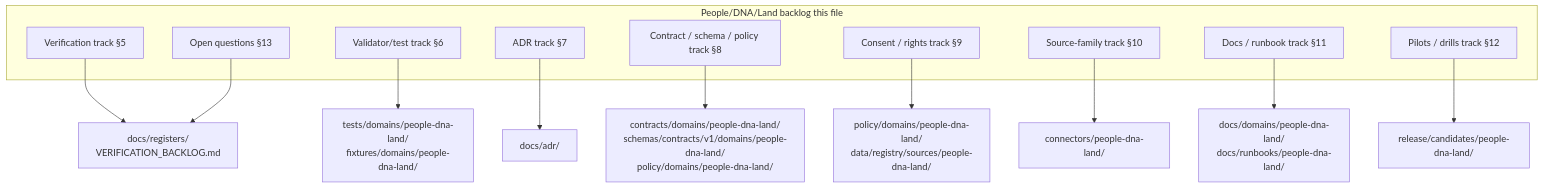
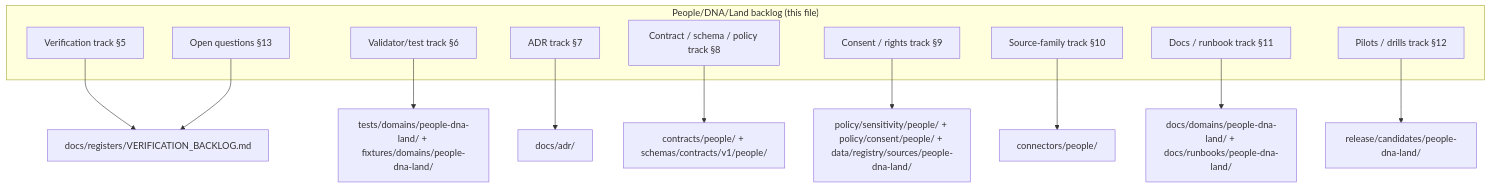
Before and after one commit to bartytime4life/Kansas-Frontier-Matrix: the second of 2 diagrams in docs/domains/people-dna-land/EXPANSION_BACKLOG.md, drawn with Mermaid. The commit also changed other lines of this file, not shown here.

````diff
--- a/docs/domains/people-dna-land/EXPANSION_BACKLOG.md
+++ b/docs/domains/people-dna-land/EXPANSION_BACKLOG.md
@@ -409,23 +448,23 @@
 ```mermaid
 flowchart TB
-  subgraph A[People/DNA/Land backlog this file]
-    V[Verification track §5]
-    K[Validator/test track §6]
-    D[ADR track §7]
-    S[Contract / schema / policy track §8]
-    R[Consent / rights track §9]
-    SF[Source-family track §10]
-    DOC[Docs / runbook track §11]
-    P[Pilots / drills track §12]
-    O[Open questions §13]
+  subgraph A["People/DNA/Land backlog (this file)"]
+    V["Verification track §5"]
+    K["Validator/test track §6"]
+    D["ADR track §7"]
+    S["Contract / schema / policy track §8"]
+    R["Consent / rights track §9"]
+    SF["Source-family track §10"]
+    DOC["Docs / runbook track §11"]
+    P["Pilots / drills track §12"]
+    O["Open questions §13"]
   end
-  V --> KFMReg[docs/registers/<br/>VERIFICATION_BACKLOG.md]
-  D --> ADR[docs/adr/]
-  K --> TST[tests/domains/people-dna-land/<br/>fixtures/domains/people-dna-land/]
-  S --> CON[contracts/domains/people-dna-land/<br/>schemas/contracts/v1/domains/people-dna-land/<br/>policy/domains/people-dna-land/]
-  R --> POL[policy/domains/people-dna-land/<br/>data/registry/sources/people-dna-land/]
-  SF --> CN[connectors/people-dna-land/]
-  DOC --> DD[docs/domains/people-dna-land/<br/>docs/runbooks/people-dna-land/]
-  P --> REL[release/candidates/people-dna-land/]
+  V --> KFMReg["docs/registers/VERIFICATION_BACKLOG.md"]
+  D --> ADR["docs/adr/"]
+  K --> TST["tests/domains/people-dna-land/ + fixtures/domains/people-dna-land/"]
+  S --> CON["contracts/people/ + schemas/contracts/v1/people/"]
+  R --> POL["policy/sensitivity/people/ + policy/consent/people/ + data/registry/sources/people-dna-land/"]
+  SF --> CN["connectors/people/"]
+  DOC --> DD["docs/domains/people-dna-land/ + docs/runbooks/people-dna-land/"]
+  P --> REL["release/candidates/people-dna-land/"]
   O --> KFMReg
 ```
````
